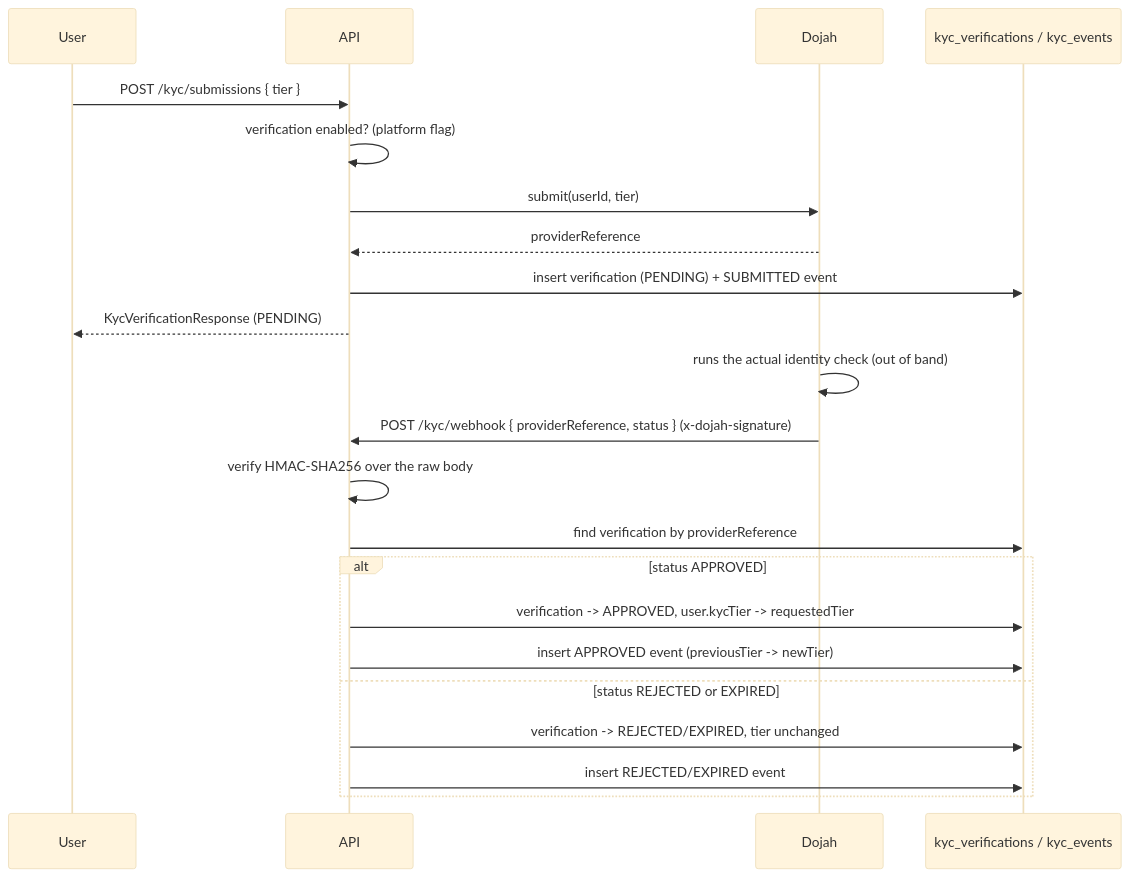
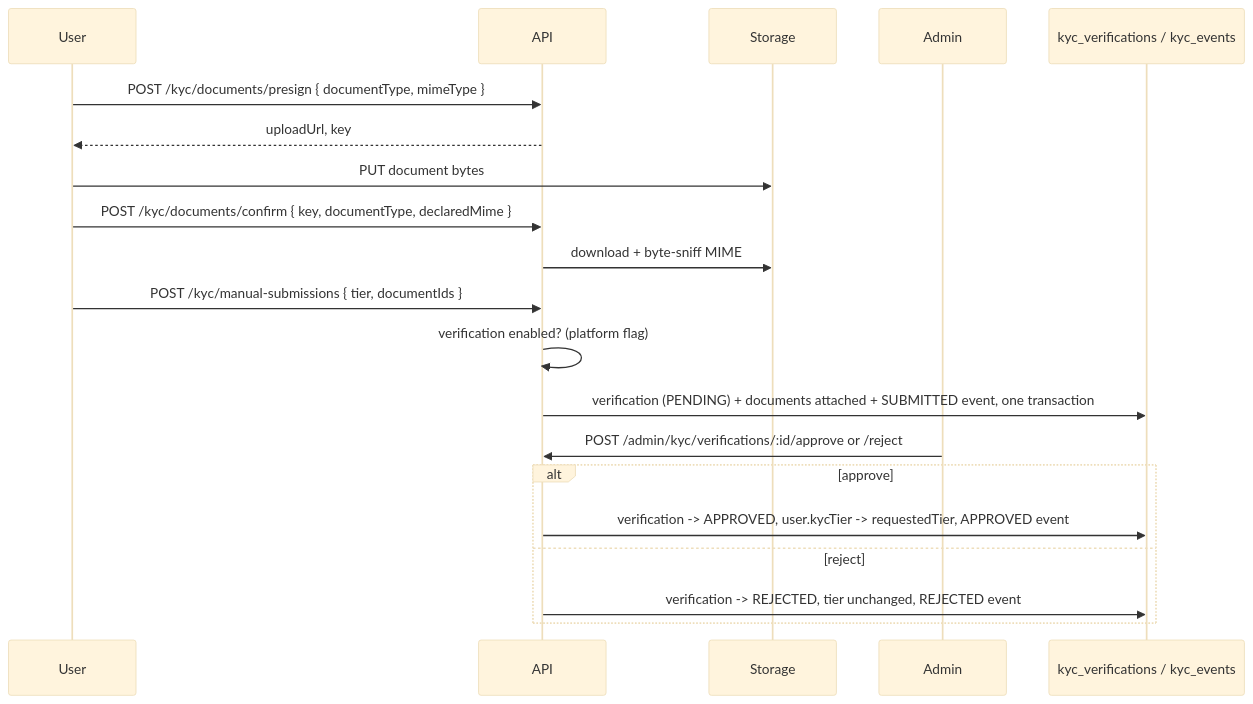
Before and after one commit to Caxton-Dev-Hub/mezzo: the diagram in apps/api/src/kyc/README.md, drawn with Mermaid (base theme). The commit also changed other lines of this file and 31 other files, not shown here.

First line of the commit message:
fix(kyc): remove Dojah and the provider verification path

````diff
--- a/apps/api/src/kyc/README.md
+++ b/apps/api/src/kyc/README.md
@@ -10,26 +10,23 @@
 ```mermaid
 sequenceDiagram
     participant User
     participant API
-    participant Dojah
+    participant Storage
+    participant Admin
     participant DB as kyc_verifications / kyc_events
 
-    User->>API: POST /kyc/submissions { tier }
+    User->>API: POST /kyc/documents/presign { documentType, mimeType }
+    API-->>User: uploadUrl, key
+    User->>Storage: PUT document bytes
+    User->>API: POST /kyc/documents/confirm { key, documentType, declaredMime }
+    API->>Storage: download + byte-sniff MIME
+    User->>API: POST /kyc/manual-submissions { tier, documentIds }
     API->>API: verification enabled? (platform flag)
-    API->>Dojah: submit(userId, tier)
-    Dojah-->>API: providerReference
-    API->>DB: insert verification (PENDING) + SUBMITTED event
-    API-->>User: KycVerificationResponse (PENDING)
-
-    Dojah->>Dojah: runs the actual identity check (out of band)
-    Dojah->>API: POST /kyc/webhook { providerReference, status } (x-dojah-signature)
-    API->>API: verify HMAC-SHA256 over the raw body
-    API->>DB: find verification by providerReference
-    alt status APPROVED
-        API->>DB: verification -> APPROVED, user.kycTier -> requestedTier
-        API->>DB: insert APPROVED event (previousTier -> newTier)
-    else status REJECTED or EXPIRED
-        API->>DB: verification -> REJECTED/EXPIRED, tier unchanged
-        API->>DB: insert REJECTED/EXPIRED event
+    API->>DB: verification (PENDING) + documents attached + SUBMITTED event, one transaction
+    Admin->>API: POST /admin/kyc/verifications/:id/approve or /reject
+    alt approve
+        API->>DB: verification -> APPROVED, user.kycTier -> requestedTier, APPROVED event
+    else reject
+        API->>DB: verification -> REJECTED, tier unchanged, REJECTED event
     end
 ```
````
